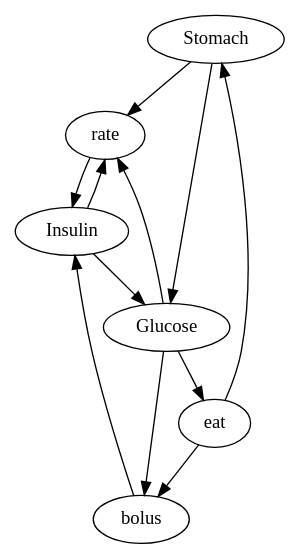
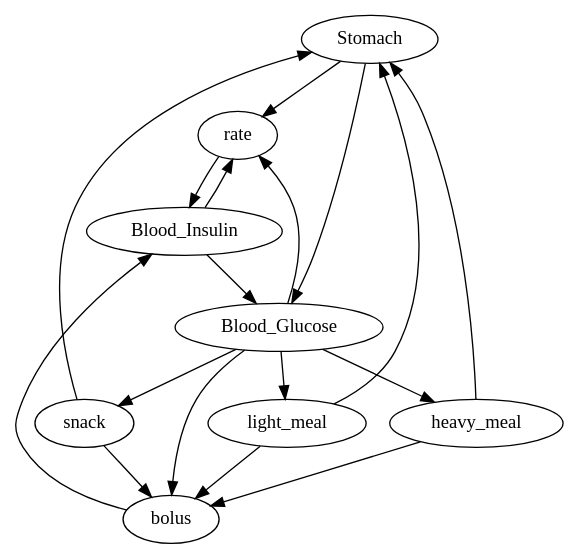
The diagram in case-2-oref0/oref0.dot (CITCOM-project/causal-cut-replication), drawn with Graphviz before and after one commit. The commit also changed 13 other files, not shown here.

```diff
--- a/case-2-oref0/oref0.dot
+++ b/case-2-oref0/oref0.dot
@@ -1,16 +1,22 @@
 digraph oref0 {
   Stomach -> rate;
-  Insulin -> rate;
-  Glucose -> rate;
+  Blood_Insulin -> rate;
+  Blood_Glucose -> rate;
 
-  eat -> Stomach;
-  bolus -> Insulin;
+  snack -> Stomach;
+  light_meal -> Stomach;
+  heavy_meal -> Stomach;
+  bolus -> Blood_Insulin;
 
-  Glucose -> eat;
-  Glucose -> bolus;
-  eat -> bolus;
+  Blood_Glucose -> snack;
+  Blood_Glucose -> light_meal;
+  Blood_Glucose -> heavy_meal;
+  Blood_Glucose -> bolus;
+  snack -> bolus;
+  light_meal -> bolus;
+  heavy_meal -> bolus;
 
-  Stomach -> Glucose;
-  rate -> Insulin;
-  Insulin -> Glucose;
+  Stomach -> Blood_Glucose;
+  rate -> Blood_Insulin;
+  Blood_Insulin -> Blood_Glucose;
 }
```
